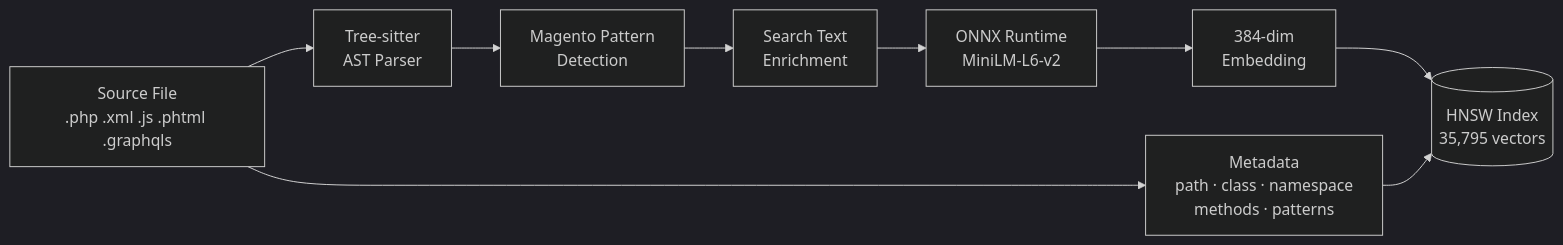
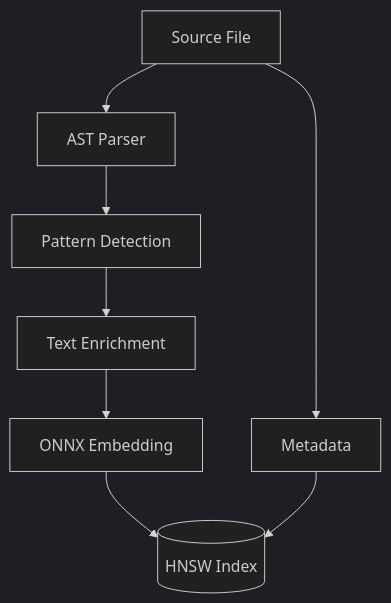
One commit to krejcif/magector changed the second of 10 diagrams in README.md. Above: the diagram before and after it, drawn with Mermaid (dark theme). The commit also changed other lines of this file and 1 other file, not shown here.

First line of the commit message:
Optimize Mermaid diagrams for GitHub viewer and fix parse errors

````diff
--- a/README.md
+++ b/README.md
@@ -95,11 +98,10 @@
 ```mermaid
-flowchart LR
-  A[Source File\n.php .xml .js .phtml .graphqls] --> B[Tree-sitter\nAST Parser]
-  B --> C[Magento Pattern\nDetection]
-  C --> D[Search Text\nEnrichment]
-  D --> E[ONNX Runtime\nMiniLM-L6-v2]
-  E --> F[384-dim\nEmbedding]
-  A --> G[Metadata\npath · class · namespace\nmethods · patterns]
-  F --> H[(HNSW Index\n35,795 vectors)]
-  G --> H
+flowchart TD
+  A[Source File] --> B[AST Parser]
+  B --> C[Pattern Detection]
+  C --> D[Text Enrichment]
+  D --> E[ONNX Embedding]
+  E --> F[(HNSW Index)]
+  A --> G[Metadata]
+  G --> F
 ```
````
